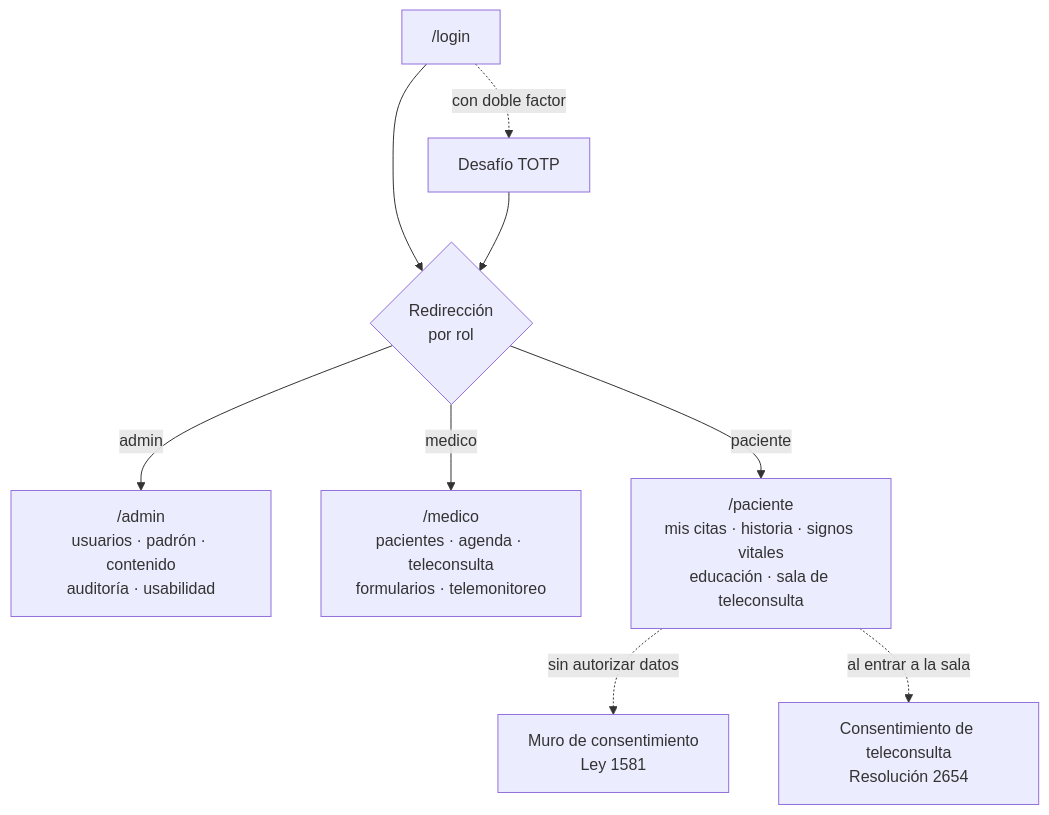
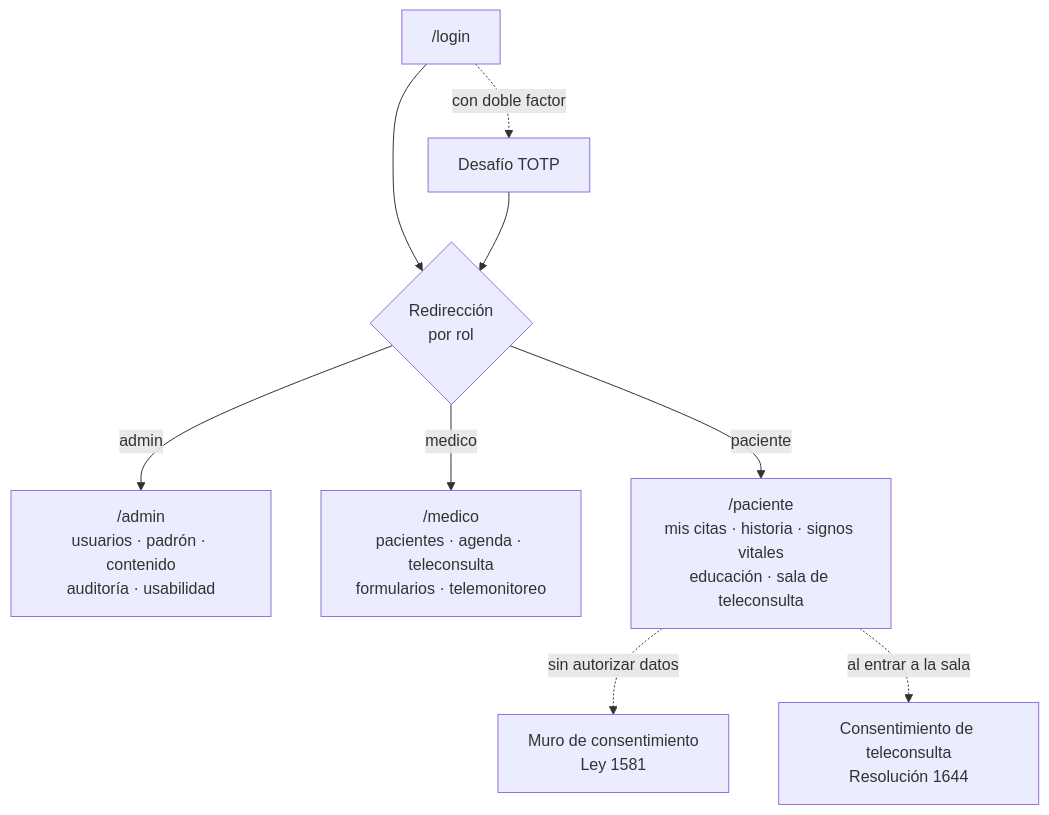
One commit to Bello2005/nefrChoco-project changed the first of 6 diagrams in docs/arquitectura.md. Above: the diagram before and after it, drawn with Mermaid. The commit also changed other lines of this file and 21 other files, not shown here.

````diff
--- a/docs/arquitectura.md
+++ b/docs/arquitectura.md
@@ -36,14 +36,14 @@
 ```mermaid
 flowchart TD
     Login["/login"] --> Dash{"Redirección<br/>por rol"}
 
     Dash -->|admin| Admin["/admin<br/>usuarios · padrón · contenido<br/>auditoría · usabilidad"]
     Dash -->|medico| Medico["/medico<br/>pacientes · agenda · teleconsulta<br/>formularios · telemonitoreo"]
     Dash -->|paciente| Pac["/paciente<br/>mis citas · historia · signos vitales<br/>educación · sala de teleconsulta"]
 
     Pac -.->|sin autorizar datos| Consent["Muro de consentimiento<br/>Ley 1581"]
-    Pac -.->|al entrar a la sala| ConsentTele["Consentimiento de teleconsulta<br/>Resolución 2654"]
+    Pac -.->|al entrar a la sala| ConsentTele["Consentimiento de teleconsulta<br/>Resolución 1644"]
 
     Login -.->|con doble factor| Reto["Desafío TOTP"]
     Reto --> Dash
 ```
````
